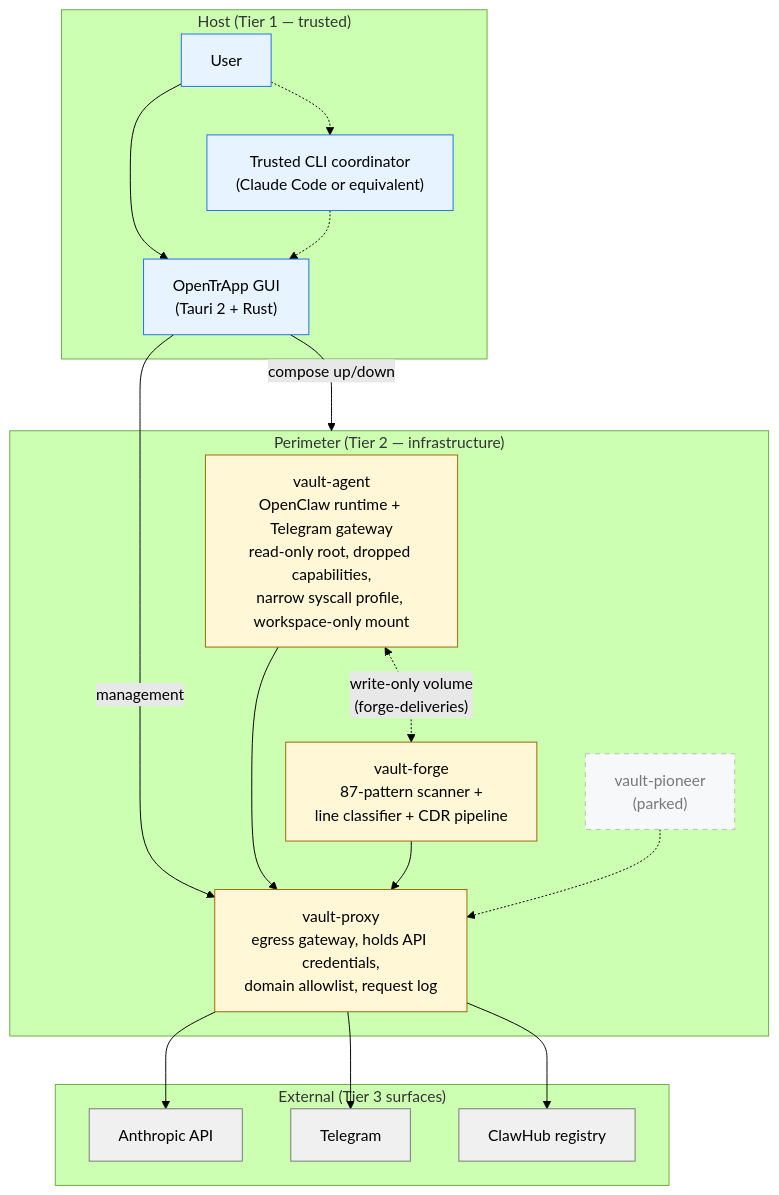
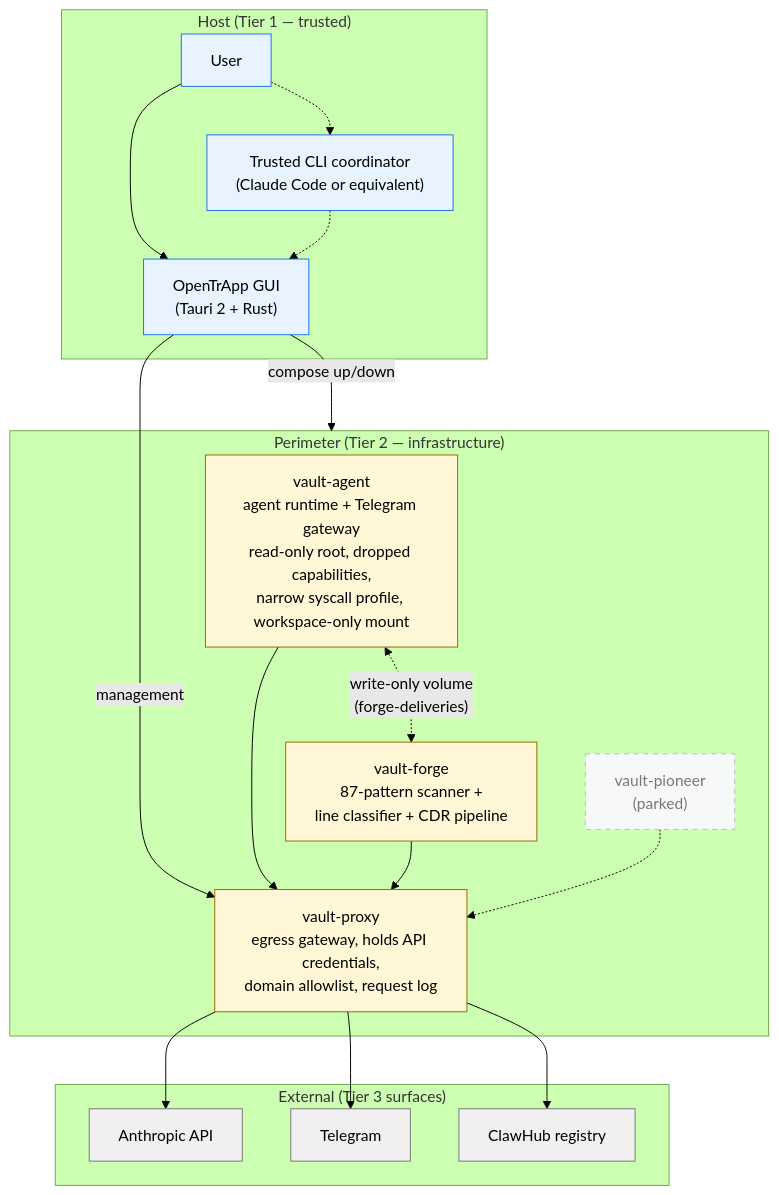
Before and after one commit to albertdobmeyer/opentrapp: the first of 5 diagrams in docs/diagrams.md, drawn with Mermaid (forest theme). The commit also changed other lines of this file and 15 other files, not shown here.

First line of the commit message:
docs(reframe): generalize OpenClaw mentions to agent-agnostic framing

````diff
--- a/docs/diagrams.md
+++ b/docs/diagrams.md
@@ -17,46 +17,46 @@
 ```mermaid
 flowchart TB
     subgraph HOST["Host (Tier 1 — trusted)"]
         USER[User]
         GUI["OpenTrApp GUI<br/>(Tauri 2 + Rust)"]
         COORD["Trusted CLI coordinator<br/>(Claude Code or equivalent)"]
     end
 
     subgraph PERIMETER["Perimeter (Tier 2 — infrastructure)"]
-        AGENT["vault-agent<br/>OpenClaw runtime + Telegram gateway<br/>read-only root, dropped capabilities,<br/>narrow syscall profile, workspace-only mount"]
+        AGENT["vault-agent<br/>agent runtime + Telegram gateway<br/>read-only root, dropped capabilities,<br/>narrow syscall profile, workspace-only mount"]
         FORGE["vault-forge<br/>87-pattern scanner +<br/>line classifier + CDR pipeline"]
         PIONEER["vault-pioneer<br/>(parked)"]
         PROXY["vault-proxy<br/>egress gateway, holds API credentials,<br/>domain allowlist, request log"]
     end
 
     subgraph EXTERNAL["External (Tier 3 surfaces)"]
         ANTHROPIC[Anthropic API]
         TELEGRAM[Telegram]
         CLAWHUB[ClawHub registry]
     end
 
     USER --> GUI
     USER -.-> COORD
     COORD -.-> GUI
     GUI -->|compose up/down| PERIMETER
     GUI -->|management| PROXY
 
     AGENT --> PROXY
     FORGE --> PROXY
     PIONEER -.-> PROXY
     AGENT <-.->|"write-only volume<br/>(forge-deliveries)"| FORGE
 
     PROXY --> ANTHROPIC
     PROXY --> TELEGRAM
     PROXY --> CLAWHUB
 
     classDef trusted fill:#e7f3ff,stroke:#1f6feb,color:#000
     classDef perim fill:#fff7d6,stroke:#9a6700,color:#000
     classDef parked fill:#f6f8fa,stroke:#bbb,color:#777,stroke-dasharray: 5 5
     classDef external fill:#f0f0f0,stroke:#777,color:#000
 
     class USER,GUI,COORD trusted
     class AGENT,FORGE,PROXY perim
     class PIONEER parked
     class ANTHROPIC,TELEGRAM,CLAWHUB external
 ```
````
